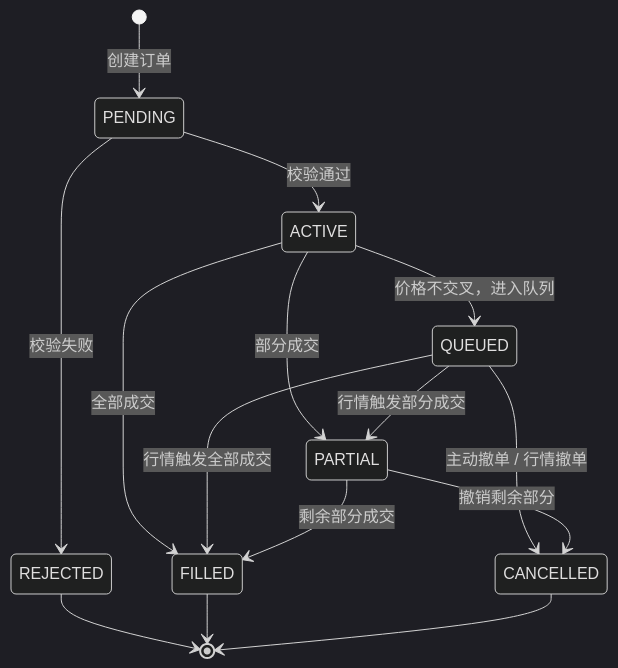
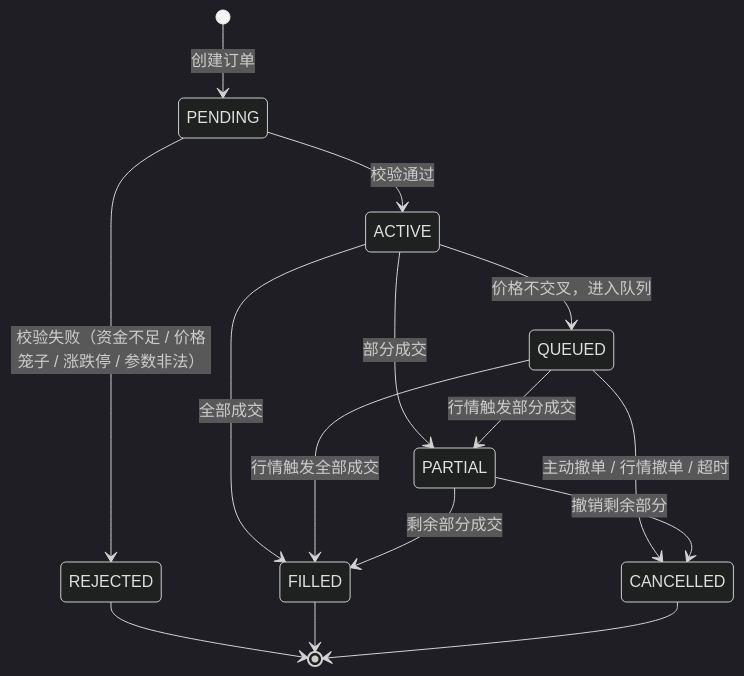
Before and after one commit to macxp1211/simulate_transaction: the third of 3 diagrams in README.md, drawn with Mermaid (dark theme). The commit also changed other lines of this file and 4 other files, not shown here.

````diff
--- a/README.md
+++ b/README.md
@@ -117,21 +136,21 @@
 ```mermaid
 stateDiagram-v2
     [*] --> PENDING : 创建订单
     PENDING --> ACTIVE : 校验通过
-    PENDING --> REJECTED : 校验失败
+    PENDING --> REJECTED : 校验失败（资金不足 / 价格笼子 / 涨跌停 / 参数非法）
 
     ACTIVE --> QUEUED : 价格不交叉，进入队列
     ACTIVE --> PARTIAL : 部分成交
     ACTIVE --> FILLED : 全部成交
 
     QUEUED --> PARTIAL : 行情触发部分成交
     QUEUED --> FILLED : 行情触发全部成交
-    QUEUED --> CANCELLED : 主动撤单 / 行情撤单
+    QUEUED --> CANCELLED : 主动撤单 / 行情撤单 / 超时
 
     PARTIAL --> FILLED : 剩余部分成交
     PARTIAL --> CANCELLED : 撤销剩余部分
 
     REJECTED --> [*]
     FILLED --> [*]
     CANCELLED --> [*]
 ```
````
